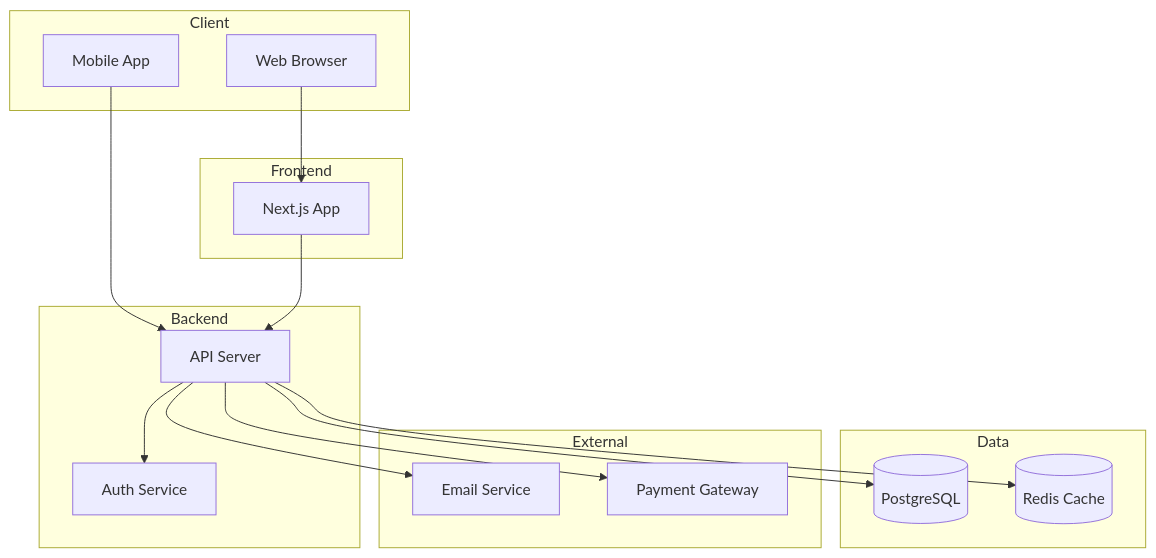
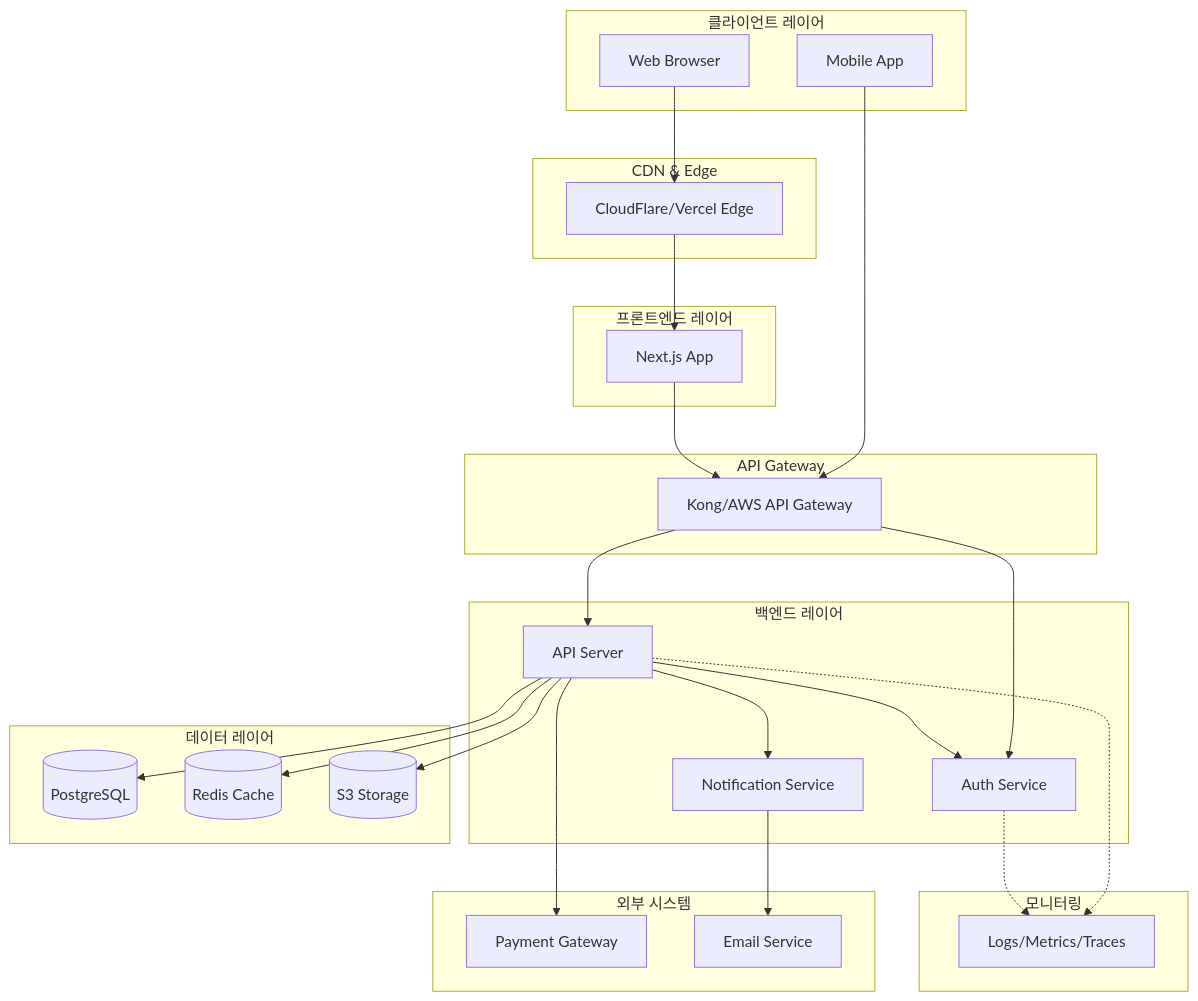
The first of 7 diagrams in .claude/templates/architecture-template.md (Wondermove-Inc/calab-claude-plugin), drawn with Mermaid before and after one commit. The commit also changed other lines of this file and 47 other files, not shown here.

````diff
--- a/.claude/templates/architecture-template.md
+++ b/.claude/templates/architecture-template.md
@@ -34,35 +85,56 @@
 ```mermaid
 graph TB
-    subgraph Client
+    subgraph Client["클라이언트 레이어"]
         A[Web Browser]
         B[Mobile App]
     end
 
-    subgraph Frontend
-        C[Next.js App]
+    subgraph CDN["CDN & Edge"]
+        C[CloudFlare/Vercel Edge]
     end
 
-    subgraph Backend
-        D[API Server]
-        E[Auth Service]
+    subgraph Frontend["프론트엔드 레이어"]
+        D[Next.js App]
     end
 
-    subgraph Data
-        F[(PostgreSQL)]
-        G[(Redis Cache)]
+    subgraph Gateway["API Gateway"]
+        E[Kong/AWS API Gateway]
     end
 
-    subgraph External
-        H[Email Service]
-        I[Payment Gateway]
+    subgraph Backend["백엔드 레이어"]
+        F[API Server]
+        G[Auth Service]
+        H[Notification Service]
+    end
+
+    subgraph Data["데이터 레이어"]
+        I[(PostgreSQL)]
+        J[(Redis Cache)]
+        K[(S3 Storage)]
+    end
+
+    subgraph External["외부 시스템"]
+        L[Payment Gateway]
+        M[Email Service]
+    end
+
+    subgraph Observability["모니터링"]
+        N[Logs/Metrics/Traces]
     end
 
     A --> C
-    B --> D
+    B --> E
     C --> D
     D --> E
-    D --> F
-    D --> G
-    D --> H
-    D --> I
+    E --> F
+    E --> G
+    F --> G
+    F --> H
+    F --> I
+    F --> J
+    F --> K
+    F --> L
+    H --> M
+    F -.-> N
+    G -.-> N
 ```
````
